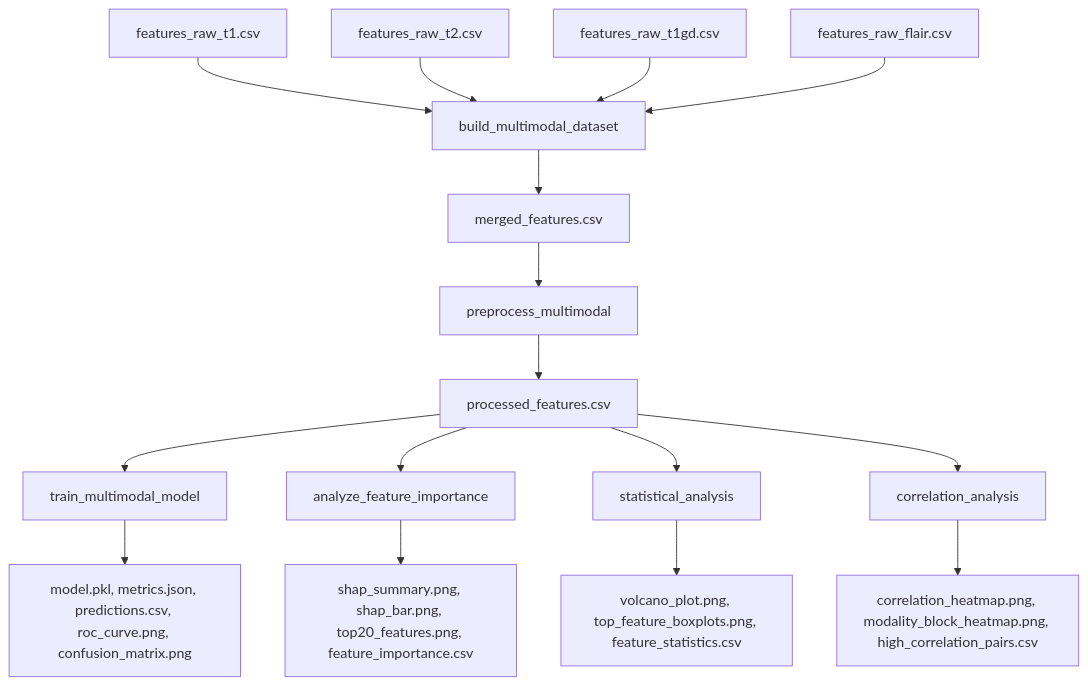
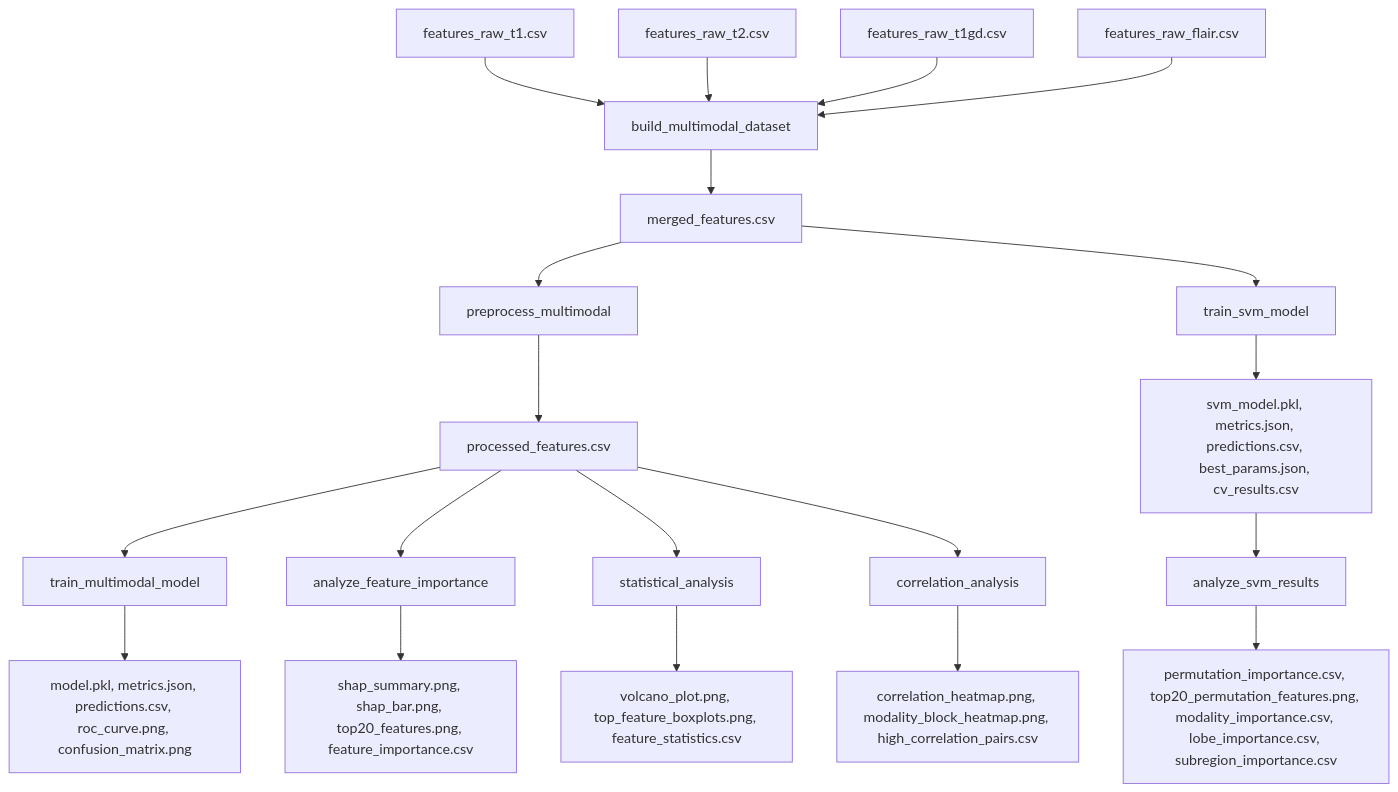
One commit to AnujSaha0111/GBM-Lobewise-Subregion-Modelling changed the diagram in README.md. Above: the diagram before and after it, drawn with Mermaid. The commit also changed other lines of this file, not shown here.

````diff
--- a/README.md
+++ b/README.md
@@ -43,18 +44,23 @@
 ```mermaid
 flowchart TD
     A["features_raw_t1.csv"] --> B[build_multimodal_dataset]
     C["features_raw_t2.csv"] --> B
     D["features_raw_t1gd.csv"] --> B
     E["features_raw_flair.csv"] --> B
     B --> F["merged_features.csv"]
     F --> G[preprocess_multimodal]
     G --> H["processed_features.csv"]
     H --> I[train_multimodal_model]
     H --> J[analyze_feature_importance]
     H --> K[statistical_analysis]
     H --> L[correlation_analysis]
     I --> M["model.pkl, metrics.json, predictions.csv, roc_curve.png, confusion_matrix.png"]
     J --> N["shap_summary.png, shap_bar.png, top20_features.png, feature_importance.csv"]
     K --> O["volcano_plot.png, top_feature_boxplots.png, feature_statistics.csv"]
     L --> P["correlation_heatmap.png, modality_block_heatmap.png, high_correlation_pairs.csv"]
+
+    F --> Q[train_svm_model]
+    Q --> R["svm_model.pkl, metrics.json, predictions.csv, best_params.json, cv_results.csv"]
+    R --> S[analyze_svm_results]
+    S --> T["permutation_importance.csv, top20_permutation_features.png, modality_importance.csv, lobe_importance.csv, subregion_importance.csv"]
 ```
````
